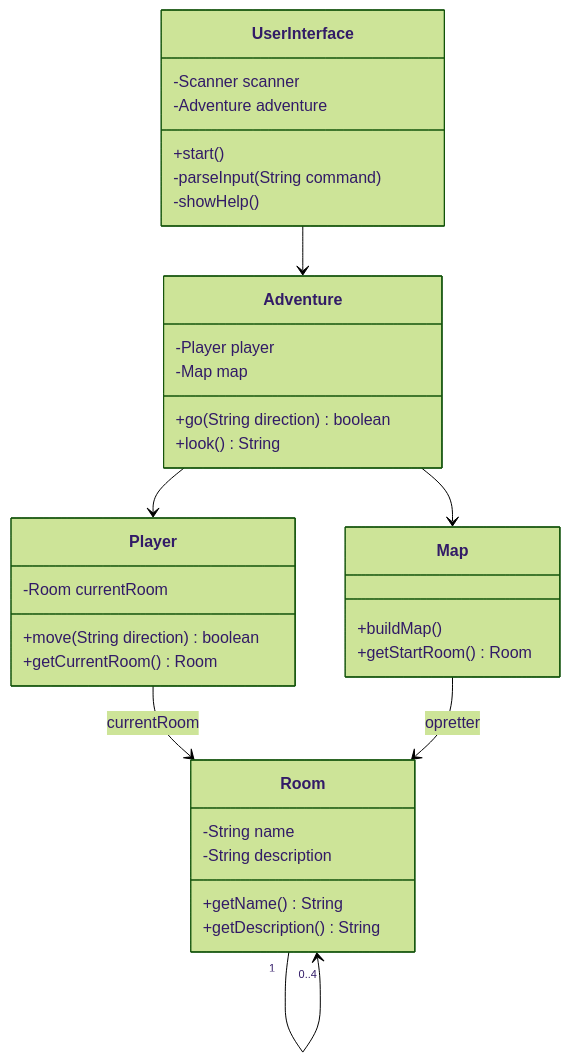
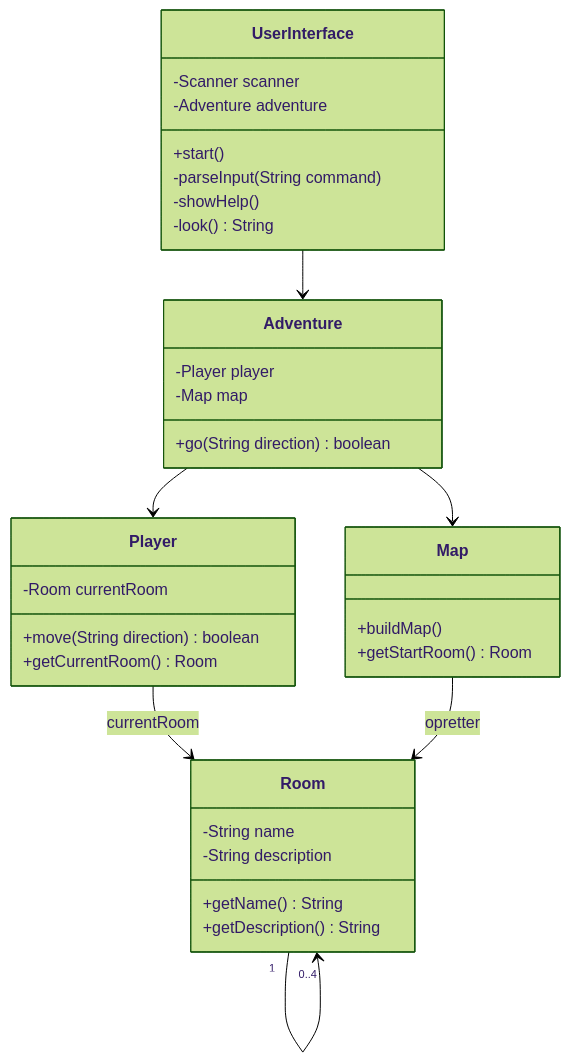
One commit to CheMical/DAT-GBG-DA-E26AB changed the diagram in 39/05_fre_2026-09-25/README.md. Above: the diagram before and after it, drawn with Mermaid (forest theme).

````diff
--- a/39/05_fre_2026-09-25/README.md
+++ b/39/05_fre_2026-09-25/README.md
@@ -229,38 +229,38 @@
 ```mermaid
 classDiagram
     class UserInterface {
         -Scanner scanner
         -Adventure adventure
         +start()
         -parseInput(String command)
         -showHelp()
+        -look() String
     }
     class Adventure {
         -Player player
         -Map map
         +go(String direction) boolean
-        +look() String
     }
     class Map {
         +buildMap()
         +getStartRoom() Room
     }
     class Player {
         -Room currentRoom
         +move(String direction) boolean
         +getCurrentRoom() Room
     }
     class Room {
         -String name
         -String description
         +getName() String
         +getDescription() String
     }
 
     UserInterface --> Adventure
     Adventure --> Map
     Adventure --> Player
     Player --> Room : currentRoom
     Map --> Room : opretter
     Room "1" --> "0..4" Room
 ```
````
